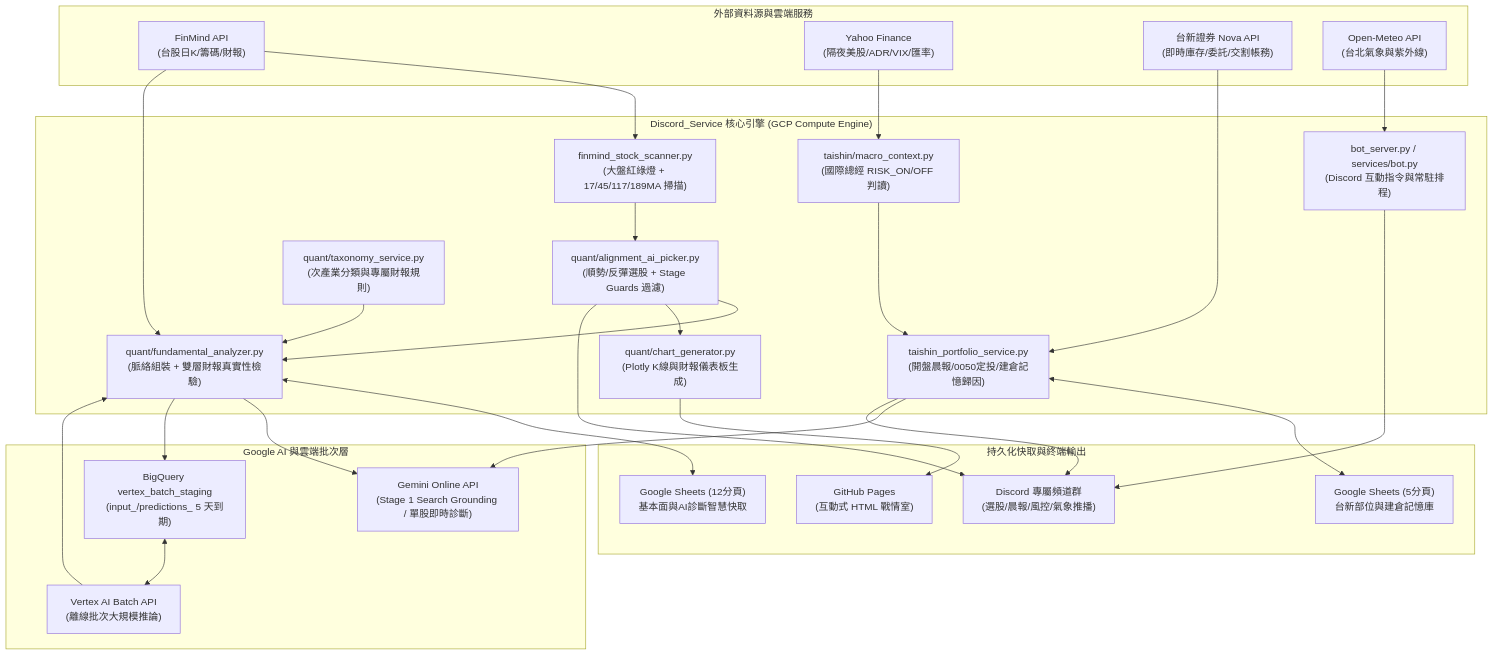
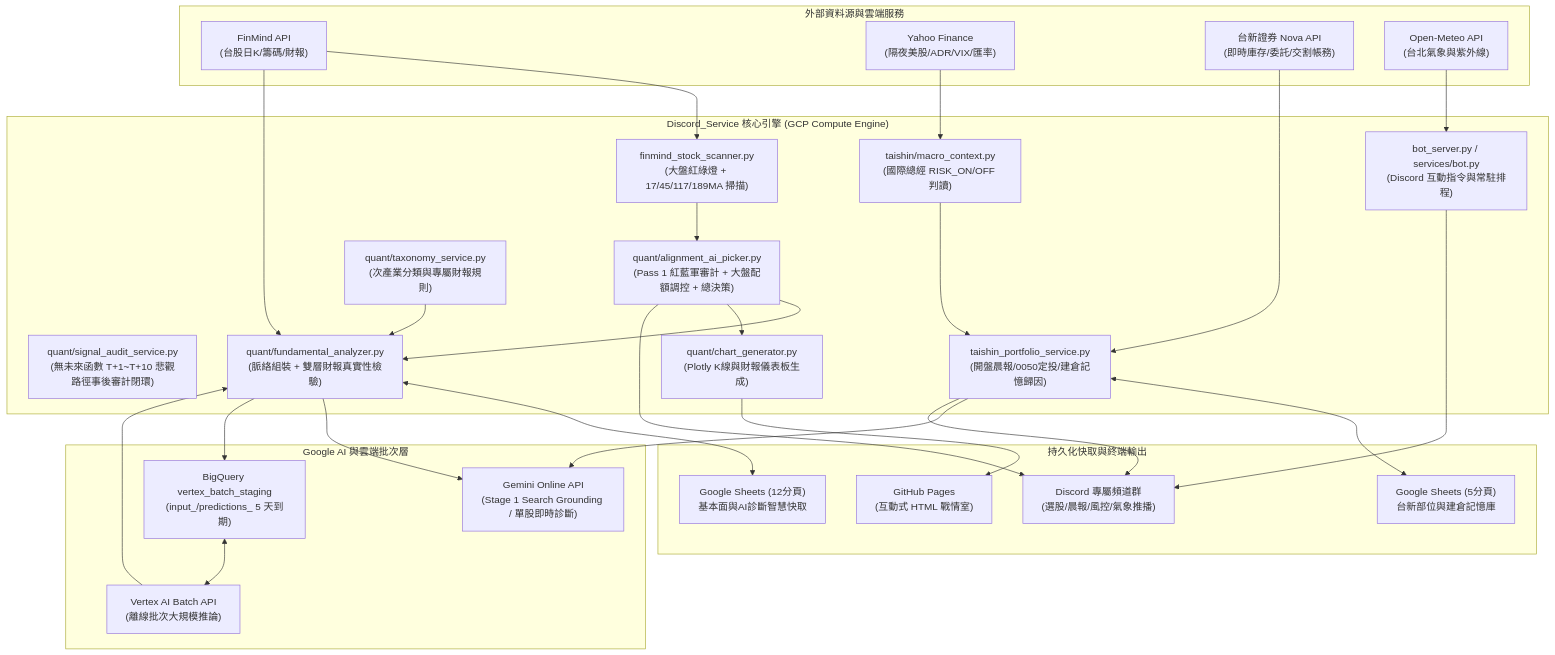
The first of 3 diagrams in discord_service_sasd.md (NickChung0725/Discord_Service), drawn with Mermaid before and after one commit. The commit also changed other lines of this file and 17 other files, not shown here.

````diff
--- a/discord_service_sasd.md
+++ b/discord_service_sasd.md
@@ -92,59 +92,60 @@
 ```mermaid
 graph TB
     subgraph External_Data["外部資料源與雲端服務"]
         FM["FinMind API<br/>(台股日K/籌碼/財報)"]
         YF["Yahoo Finance<br/>(隔夜美股/ADR/VIX/匯率)"]
         TS["台新證券 Nova API<br/>(即時庫存/委託/交割帳務)"]
         OM["Open-Meteo API<br/>(台北氣象與紫外線)"]
     end
 
     subgraph Core_Engine["Discord_Service 核心引擎 (GCP Compute Engine)"]
         BOT["bot_server.py / services/bot.py<br/>(Discord 互動指令與常駐排程)"]
         SCAN["finmind_stock_scanner.py<br/>(大盤紅綠燈 + 17/45/117/189MA 掃描)"]
-        PICK["quant/alignment_ai_picker.py<br/>(順勢/反彈選股 + Stage Guards 過濾)"]
+        PICK["quant/alignment_ai_picker.py<br/>(Pass 1 紅藍軍審計 + 大盤配額調控 + 總決策)"]
+        AUDIT["quant/signal_audit_service.py<br/>(無未來函數 T+1~T+10 悲觀路徑事後審計閉環)"]
         FA["quant/fundamental_analyzer.py<br/>(脈絡組裝 + 雙層財報真實性檢驗)"]
         TAX["quant/taxonomy_service.py<br/>(次產業分類與專屬財報規則)"]
         PORT["taishin_portfolio_service.py<br/>(開盤晨報/0050定投/建倉記憶歸因)"]
         MACRO["taishin/macro_context.py<br/>(國際總經 RISK_ON/OFF 判讀)"]
         CHART["quant/chart_generator.py<br/>(Plotly K線與財報儀表板生成)"]
     end
 
     subgraph AI_Layer["Google AI 與雲端批次層"]
         GEMINI["Gemini Online API<br/>(Stage 1 Search Grounding / 單股即時診斷)"]
         GCS["BigQuery vertex_batch_staging<br/>(input_/predictions_ 5 天到期)"]
         VERTEX["Vertex AI Batch API<br/>(離線批次大規模推論)"]
     end
 
     subgraph Storage_Output["持久化快取與終端輸出"]
         GS_FUND["Google Sheets (12分頁)<br/>基本面與AI診斷智慧快取"]
         GS_PORT["Google Sheets (5分頁)<br/>台新部位與建倉記憶庫"]
         GHP["GitHub Pages<br/>(互動式 HTML 戰情室)"]
         DC["Discord 專屬頻道群<br/>(選股/晨報/風控/氣象推播)"]
     end
 
     FM --> SCAN
     FM --> FA
     YF --> MACRO
     TS --> PORT
     OM --> BOT
 
     SCAN --> PICK
     TAX --> FA
     PICK --> FA
     MACRO --> PORT
 
     FA <--> GS_FUND
     PORT <--> GS_PORT
 
     FA --> GEMINI
     PORT --> GEMINI
     FA --> GCS
     GCS <--> VERTEX
     VERTEX --> FA
 
     CHART --> GHP
     PICK --> CHART
     PICK --> DC
     PORT --> DC
     BOT --> DC
 ```
````
